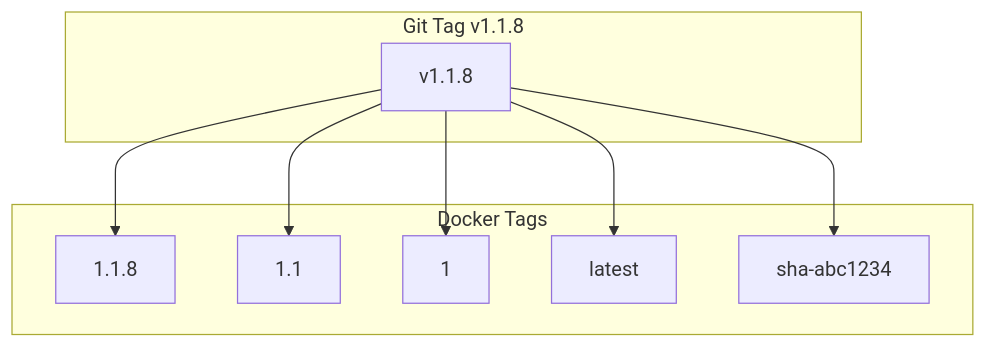
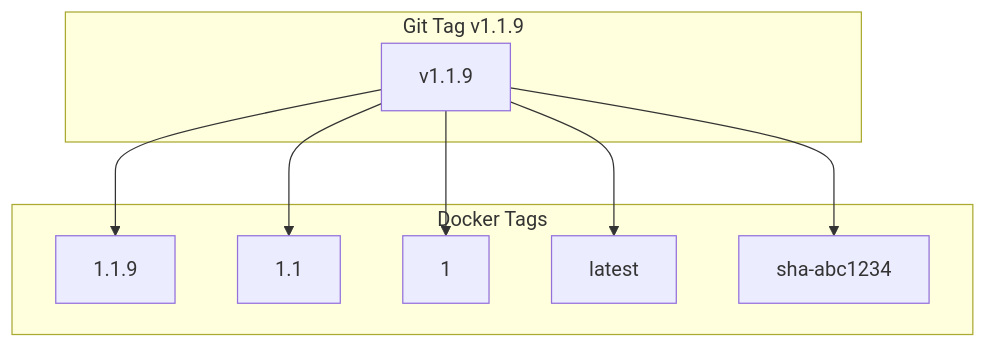
The seventh of 13 diagrams in docs/GITHUB-WORKFLOWS.md (telemetryflow/telemetryflow-collector), drawn with Mermaid before and after one commit. The commit also changed other lines of this file and 25 other files, not shown here.

````diff
--- a/docs/GITHUB-WORKFLOWS.md
+++ b/docs/GITHUB-WORKFLOWS.md
@@ -260,20 +260,20 @@
 ```mermaid
 flowchart TD
-    subgraph "Git Tag v1.1.8"
-        GT[v1.1.8]
+    subgraph "Git Tag v1.1.9"
+        GT[v1.1.9]
     end
 
     subgraph "Docker Tags"
-        T1[1.1.8]
+        T1[1.1.9]
         T2[1.1]
         T3[1]
         T4[latest]
         T5[sha-abc1234]
     end
 
     GT --> T1
     GT --> T2
     GT --> T3
     GT --> T4
     GT --> T5
 ```
````
